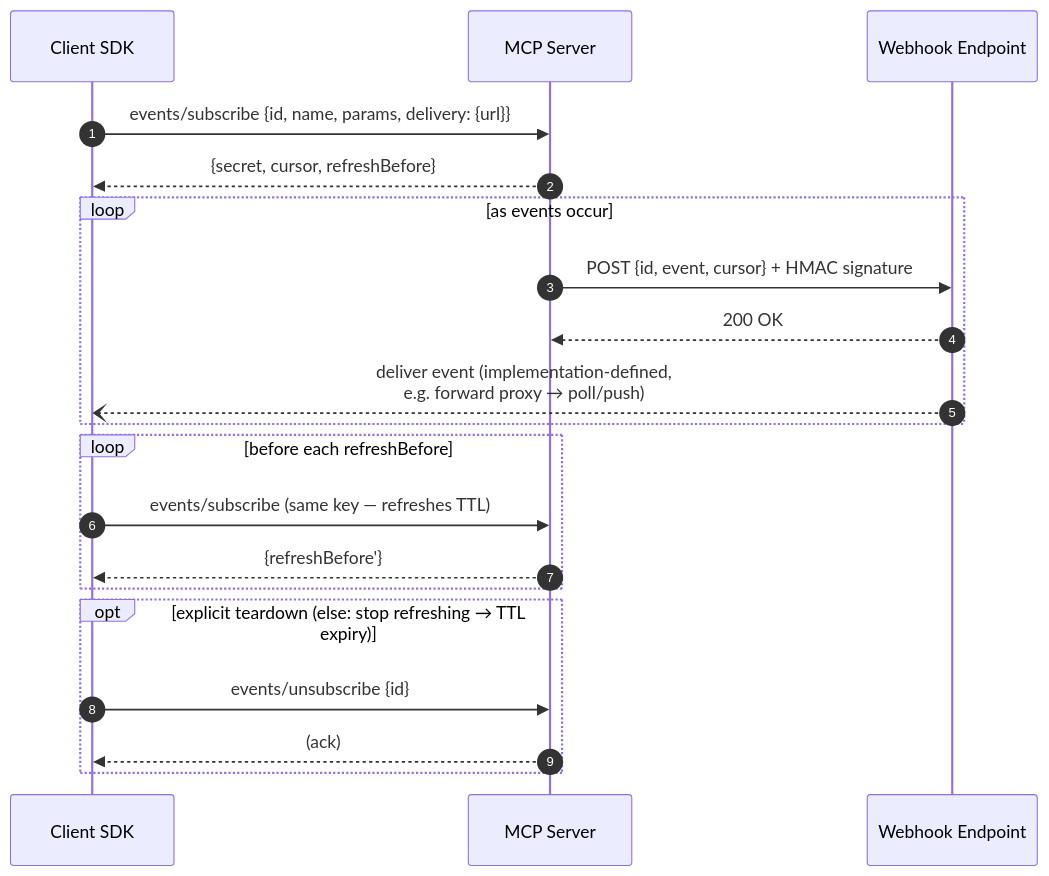
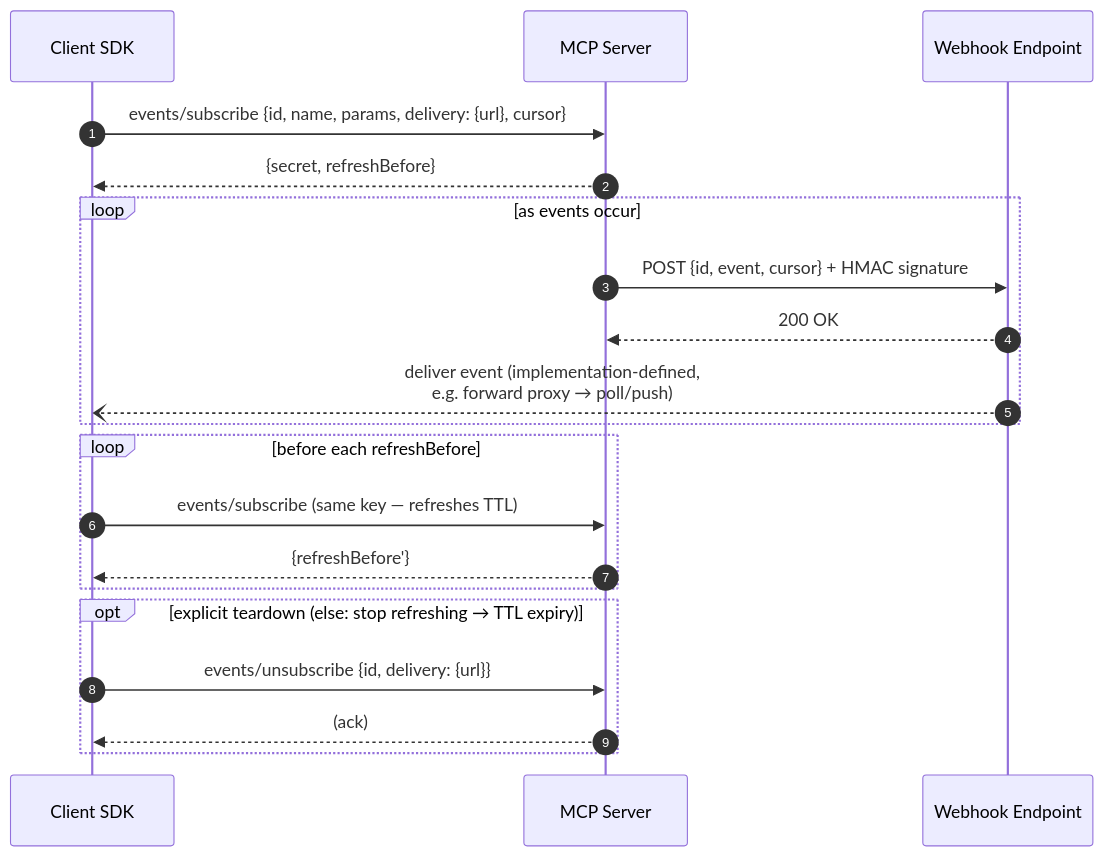
One commit to modelcontextprotocol/experimental-ext-triggers-events changed the third of 4 diagrams in docs/design-sketch-proposal.md. Above: the diagram before and after it, drawn with Mermaid. The commit also changed other lines of this file and 1 other file, not shown here.

````diff
--- a/docs/design-sketch-proposal.md
+++ b/docs/design-sketch-proposal.md
@@ -330,23 +332,23 @@
 ```mermaid
 sequenceDiagram
     autonumber
     participant SDK as Client SDK
     participant Server as MCP Server
     participant Hook as Webhook Endpoint
 
-    SDK->>Server: events/subscribe {id, name, params, delivery: {url}}
-    Server-->>SDK: {secret, cursor, refreshBefore}
+    SDK->>Server: events/subscribe {id, name, params, delivery: {url}, cursor}
+    Server-->>SDK: {secret, refreshBefore}
     loop as events occur
         Server->>Hook: POST {id, event, cursor} + HMAC signature
         Hook-->>Server: 200 OK
         Hook--)SDK: deliver event (implementation-defined,<br/>e.g. forward proxy → poll/push)
     end
     loop before each refreshBefore
         SDK->>Server: events/subscribe (same key — refreshes TTL)
         Server-->>SDK: {refreshBefore'}
     end
     opt explicit teardown (else: stop refreshing → TTL expiry)
-        SDK->>Server: events/unsubscribe {id}
+        SDK->>Server: events/unsubscribe {id, delivery: {url}}
         Server-->>SDK: (ack)
     end
 ```
````
